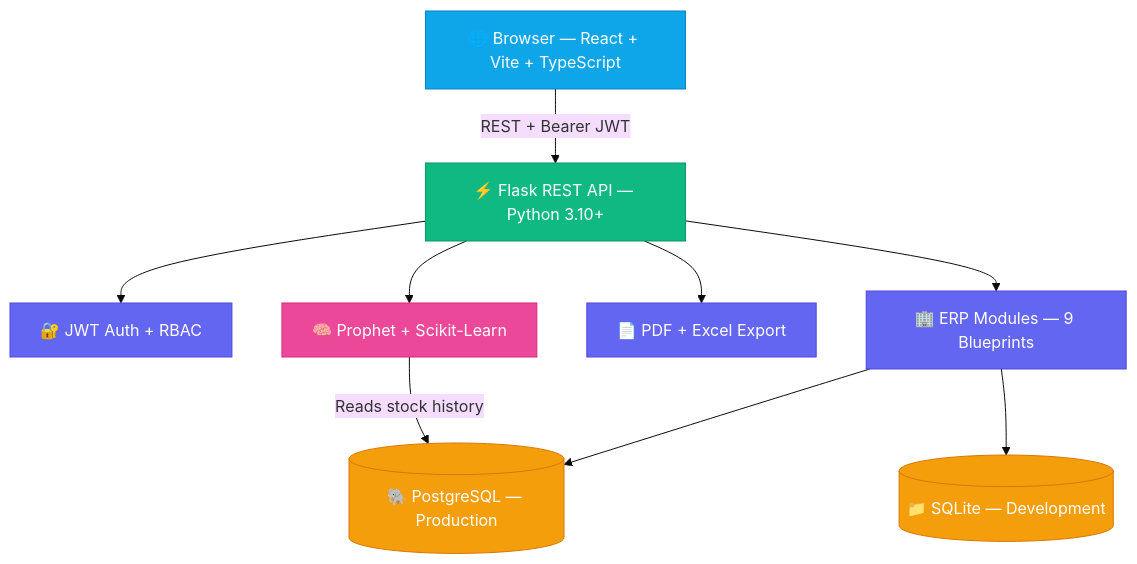
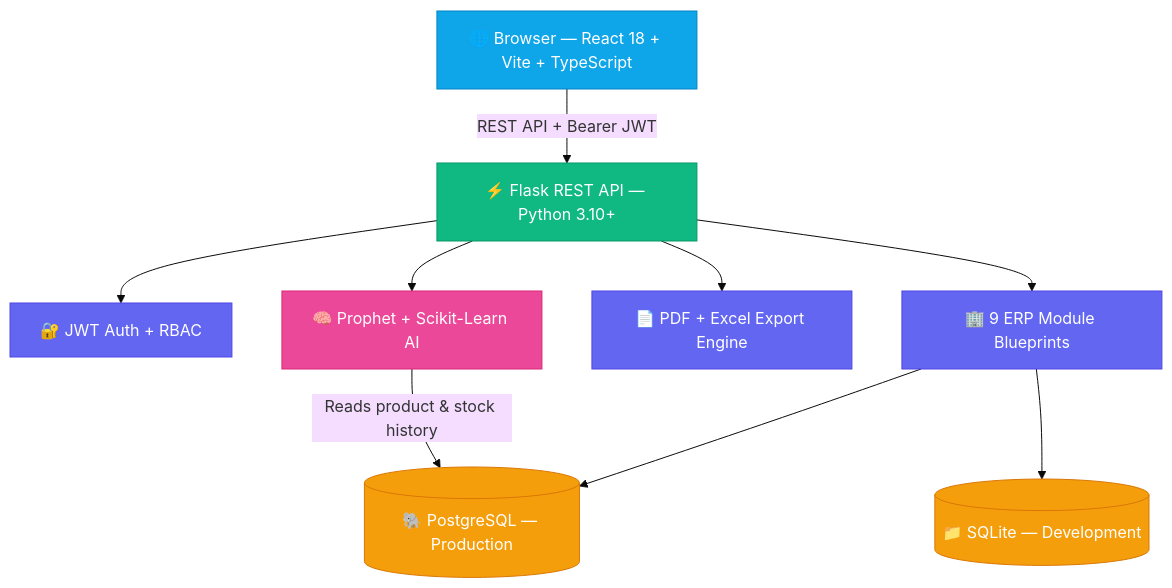
One commit to adrajameet7805/AI-Powered-ERP-System changed the diagram in README.md. Above: the diagram before and after it, drawn with Mermaid (base theme). The commit also changed other lines of this file, not shown here.

````diff
--- a/README.md
+++ b/README.md
@@ -83,28 +86,28 @@
 ```mermaid
 graph TD
     classDef client fill:#0ea5e9,stroke:#0284c7,color:#fff
     classDef api fill:#10b981,stroke:#059669,color:#fff
     classDef service fill:#6366f1,stroke:#4f46e5,color:#fff
     classDef db fill:#f59e0b,stroke:#d97706,color:#fff
     classDef ai fill:#ec4899,stroke:#db2777,color:#fff
 
-    Browser[🌐 Browser — React + Vite + TypeScript]:::client
-    Flask[⚡ Flask REST API — Python 3.10+]:::api
+    Browser["🌐 Browser — React 18 + Vite + TypeScript"]:::client
+    Flask["⚡ Flask REST API — Python 3.10+"]:::api
 
-    Auth[🔐 JWT Auth + RBAC]:::service
-    CRUD[🏢 ERP Modules — 9 Blueprints]:::service
-    Export[📄 PDF + Excel Export]:::service
-    AI[🧠 Prophet + Scikit-Learn]:::ai
+    Auth["🔐 JWT Auth + RBAC"]:::service
+    CRUD["🏢 9 ERP Module Blueprints"]:::service
+    Export["📄 PDF + Excel Export Engine"]:::service
+    AI["🧠 Prophet + Scikit-Learn AI"]:::ai
 
-    DB[(🐘 PostgreSQL — Production)]:::db
-    SQLite[(📁 SQLite — Development)]:::db
+    PG[("🐘 PostgreSQL — Production")]:::db
+    SQ[("📁 SQLite — Development")]:::db
 
-    Browser -->|REST + Bearer JWT| Flask
+    Browser -->|"REST API + Bearer JWT"| Flask
     Flask --> Auth
     Flask --> CRUD
     Flask --> Export
     Flask --> AI
-    CRUD --> DB
-    CRUD --> SQLite
-    AI -->|Reads stock history| DB
+    CRUD --> PG
+    CRUD --> SQ
+    AI -->|"Reads product & stock history"| PG
 ```
````
